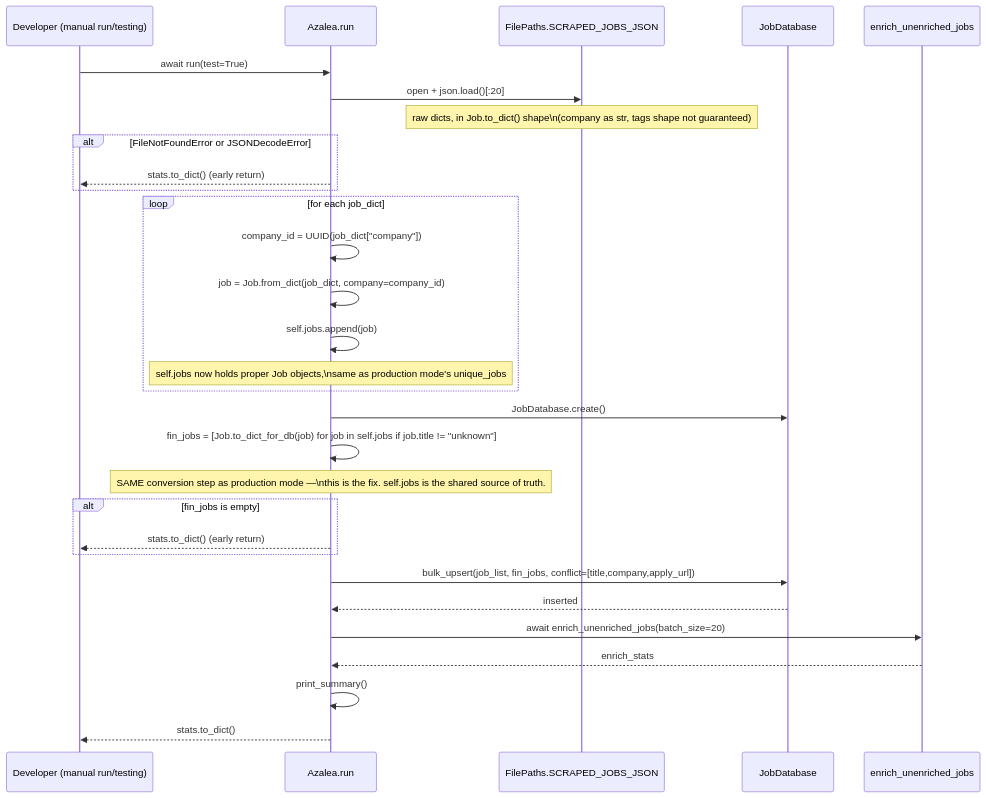
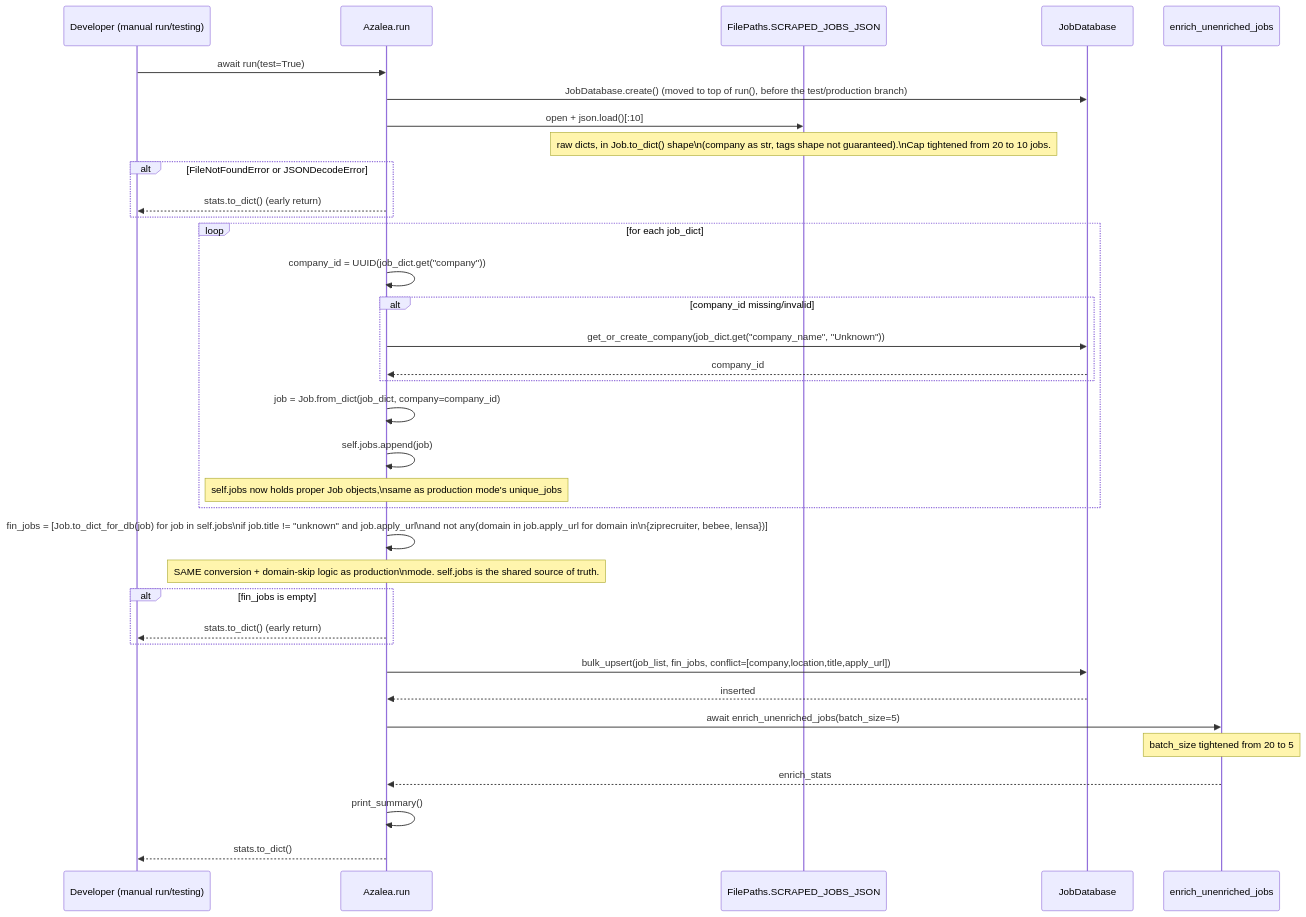
One commit to AustinDwomoh/libra changed the fifth of 5 diagrams in docs/diagrams/azalea_seq.md. Above: the diagram before and after it, drawn with Mermaid. The commit also changed other lines of this file and 26 other files, not shown here.

````diff
--- a/docs/diagrams/azalea_seq.md
+++ b/docs/diagrams/azalea_seq.md
@@ -141,47 +140,52 @@
 ```mermaid
 %% sequenceDiagram — run() TEST mode (test=True): JSON load → self.jobs → DB → enrich
 %% Used for iterating on enrichment logic without re-hitting scrape sources.
 %% FIXED: previously this path inserted raw, unconverted JSON dicts (missing
 %% UUID/tags normalization) instead of going through to_dict_for_db() like
 %% production mode did. Both modes now share the same fin_jobs conversion step.
 sequenceDiagram
     participant Dev as Developer (manual run/testing)
     participant Az as Azalea.run
     participant FS as FilePaths.SCRAPED_JOBS_JSON
     participant DB as JobDatabase
     participant Enrich as enrich_unenriched_jobs
 
     Dev->>Az: await run(test=True)
+    Az->>DB: JobDatabase.create()  (moved to top of run(), before the test/production branch)
 
-    Az->>FS: open + json.load()[:20]
-    Note over FS: raw dicts, in Job.to_dict() shape\n(company as str, tags shape not guaranteed)
+    Az->>FS: open + json.load()[:10]
+    Note over FS: raw dicts, in Job.to_dict() shape\n(company as str, tags shape not guaranteed).\nCap tightened from 20 to 10 jobs.
 
     alt FileNotFoundError or JSONDecodeError
         Az-->>Dev: stats.to_dict() (early return)
     end
 
     loop for each job_dict
-        Az->>Az: company_id = UUID(job_dict["company"])
+        Az->>Az: company_id = UUID(job_dict.get("company"))
+        alt company_id missing/invalid
+            Az->>DB: get_or_create_company(job_dict.get("company_name", "Unknown"))
+            DB-->>Az: company_id
+        end
         Az->>Az: job = Job.from_dict(job_dict, company=company_id)
         Az->>Az: self.jobs.append(job)
         Note over Az: self.jobs now holds proper Job objects,\nsame as production mode's unique_jobs
     end
 
-    Az->>DB: JobDatabase.create()
-    Az->>Az: fin_jobs = [Job.to_dict_for_db(job) for job in self.jobs if job.title != "unknown"]
-    Note over Az: SAME conversion step as production mode —\nthis is the fix. self.jobs is the shared source of truth.
+    Az->>Az: fin_jobs = [Job.to_dict_for_db(job) for job in self.jobs\nif job.title != "unknown" and job.apply_url\nand not any(domain in job.apply_url for domain in\n{ziprecruiter, bebee, lensa})]
+    Note over Az: SAME conversion + domain-skip logic as production\nmode. self.jobs is the shared source of truth.
 
     alt fin_jobs is empty
         Az-->>Dev: stats.to_dict() (early return)
     end
 
-    Az->>DB: bulk_upsert(job_list, fin_jobs, conflict=[title,company,apply_url])
+    Az->>DB: bulk_upsert(job_list, fin_jobs, conflict=[company,location,title,apply_url])
     DB-->>Az: inserted
 
-    Az->>Enrich: await enrich_unenriched_jobs(batch_size=20)
+    Az->>Enrich: await enrich_unenriched_jobs(batch_size=5)
+    Note over Enrich: batch_size tightened from 20 to 5
     Enrich-->>Az: enrich_stats
 
     Az->>Az: print_summary()
     Az-->>Dev: stats.to_dict()
 
 ```
````
